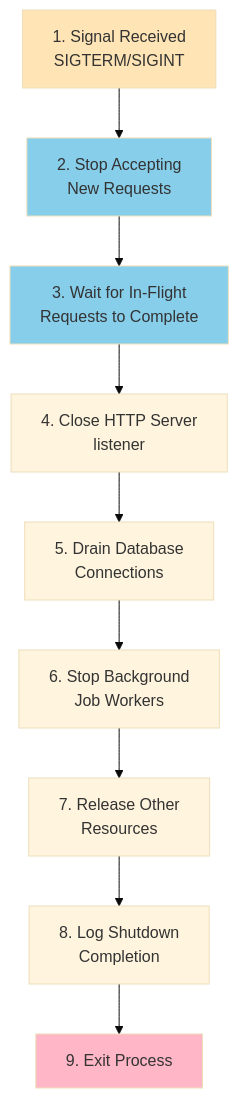
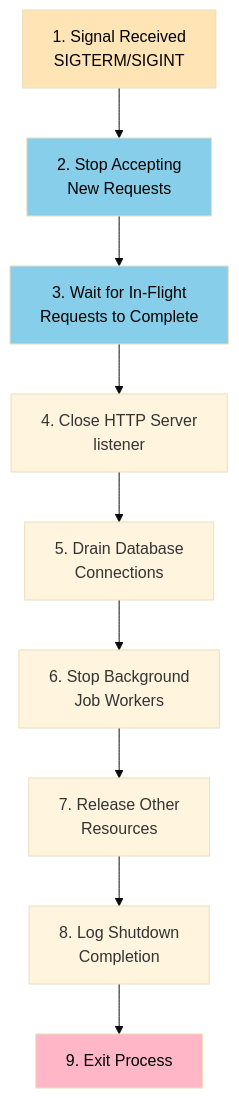
One commit to ahmed-226/Backend-from-first-principles changed the seventh of 11 diagrams in 14.Graceful Shutdown/README.md. Above: the diagram before and after it, drawn with Mermaid (base theme). The commit also changed other lines of this file and 1 other file, not shown here.

````diff
--- a/14.Graceful Shutdown/README.md
+++ b/14.Graceful Shutdown/README.md
@@ -293,16 +293,16 @@
 ```mermaid
 flowchart TD
     A["1. Signal Received<br/>SIGTERM/SIGINT"] --> B["2. Stop Accepting<br/>New Requests"]
     B --> C["3. Wait for In-Flight<br/>Requests to Complete"]
     C --> D["4. Close HTTP Server<br/>listener"]
     D --> E["5. Drain Database<br/>Connections"]
     E --> F["6. Stop Background<br/>Job Workers"]
     F --> G["7. Release Other<br/>Resources"]
     G --> H["8. Log Shutdown<br/>Completion"]
     H --> I["9. Exit Process"]
     
-    style A fill:#FFE4B5
-    style I fill:#FFB6C6
-    style B fill:#87CEEB
-    style C fill:#87CEEB
+    style A fill:#FFE4B5,color:#000
+    style I fill:#FFB6C6,color:#000
+    style B fill:#87CEEB,color:#000
+    style C fill:#87CEEB,color:#000
 ```
````
